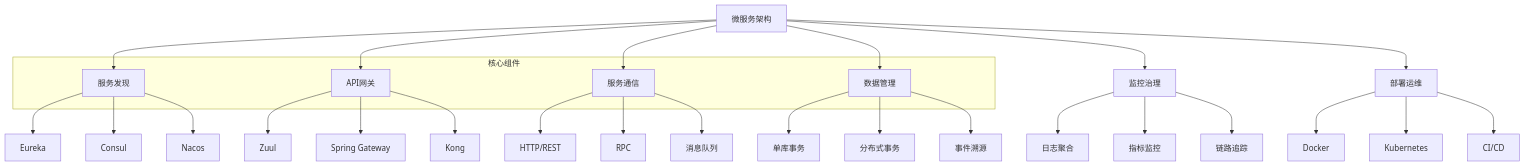
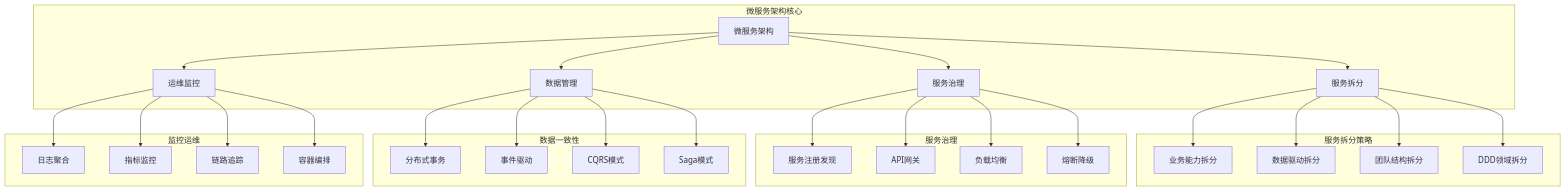
One commit to ming-xwolf/IQB changed the diagram in questions/backend/microservices.md. Above: the diagram before and after it, drawn with Mermaid. The commit also changed other lines of this file and 23 other files, not shown here.

Commit message:
优化后端面试题：重构理论与代码分离，优化Mermaid图表和文档结构

````diff
--- a/questions/backend/microservices.md
+++ b/questions/backend/microservices.md
@@ -22,40 +37,37 @@
 ```mermaid
 graph TB
-    Microservices[微服务架构] --> Discovery[服务发现]
-    Microservices --> Gateway[API网关]
-    Microservices --> Communication[服务通信]
-    Microservices --> Data[数据管理]
-    Microservices --> Monitor[监控治理]
-    Microservices --> Deploy[部署运维]
+    subgraph "微服务架构核心"
+        A[微服务架构] --> B[服务拆分]
+        A --> C[服务治理]
+        A --> D[数据管理]
+        A --> E[运维监控]
+    end
     
-    Discovery --> Eureka[Eureka]
-    Discovery --> Consul[Consul]
-    Discovery --> Nacos[Nacos]
+    subgraph "服务拆分策略"
+        B --> F[业务能力拆分]
+        B --> G[数据驱动拆分]
+        B --> H[团队结构拆分]
+        B --> I[DDD领域拆分]
+    end
     
-    Gateway --> Zuul[Zuul]
-    Gateway --> SpringGateway[Spring Gateway]
-    Gateway --> Kong[Kong]
+    subgraph "服务治理"
+        C --> J[服务注册发现]
+        C --> K[API网关]
+        C --> L[负载均衡]
+        C --> M[熔断降级]
+    end
     
-    Communication --> HTTP[HTTP/REST]
-    Communication --> RPC[RPC]
-    Communication --> MQ[消息队列]
+    subgraph "数据一致性"
+        D --> N[分布式事务]
+        D --> O[事件驱动]
+        D --> P[CQRS模式]
+        D --> Q[Saga模式]
+    end
     
-    Data --> SingleDB[单库事务]
-    Data --> DistributedTX[分布式事务]
-    Data --> EventSourcing[事件溯源]
-    
-    Monitor --> Logging[日志聚合]
-    Monitor --> Metrics[指标监控]
-    Monitor --> Tracing[链路追踪]
-    
-    Deploy --> Docker[Docker]
-    Deploy --> K8s[Kubernetes]
-    Deploy --> CICD[CI/CD]
-    
-    subgraph "核心组件"
-        Discovery
-        Gateway
-        Communication
-        Data
+    subgraph "监控运维"
+        E --> R[日志聚合]
+        E --> S[指标监控]
+        E --> T[链路追踪]
+        E --> U[容器编排]
     end
 ```
````
